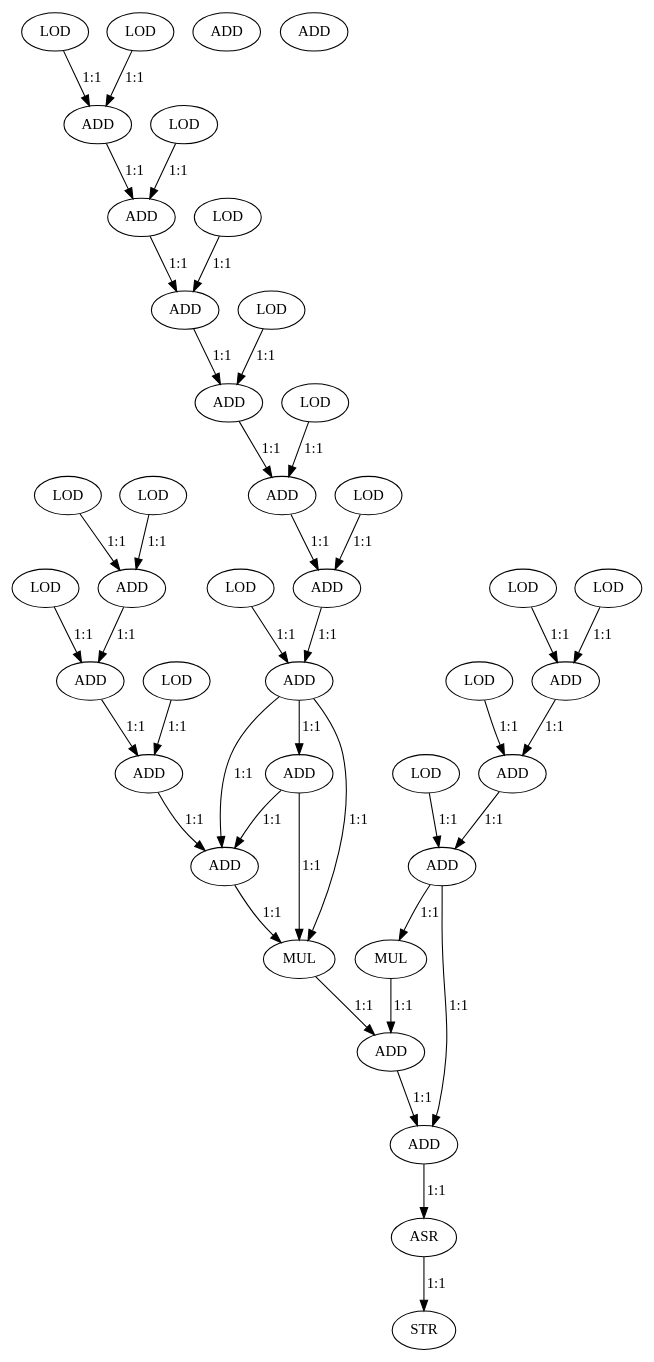
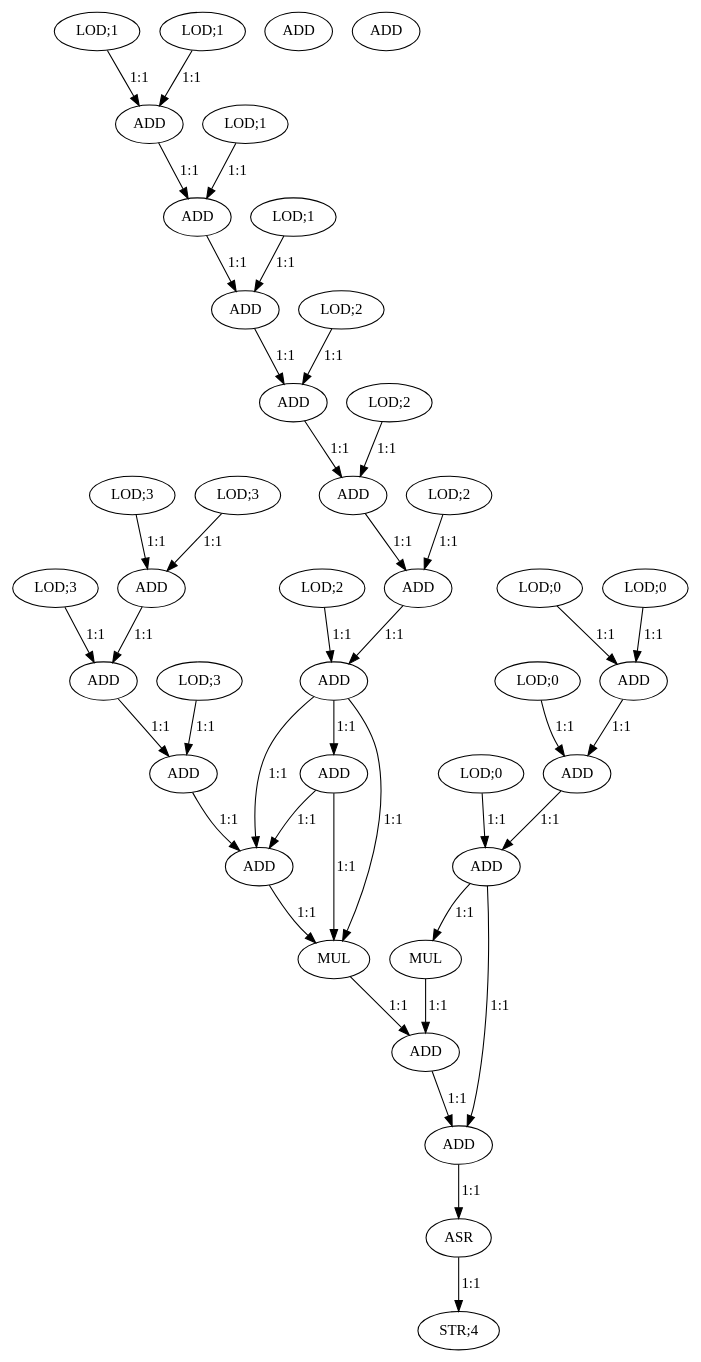
One commit to nikhilsambhus/DFGprop changed the diagram in large_dfgs/Express_loadUpward/jpeg_smooth_downsample.dot. Above: the diagram before and after it, drawn with Graphviz. The commit also changed 16 other files, not shown here.

```diff
--- a/large_dfgs/Express_loadUpward/jpeg_smooth_downsample.dot
+++ b/large_dfgs/Express_loadUpward/jpeg_smooth_downsample.dot
@@ -1,82 +1,82 @@
 digraph  {
-   0 [label="LOD"];
-   1 [label="LOD"];
+   0 [label="LOD;0"];
+   1 [label="LOD;0"];
    2 [label="ADD"];
-   3 [label="LOD"];
+   3 [label="LOD;0"];
    4 [label="ADD"];
-   5 [label="LOD"];
+   5 [label="LOD;0"];
    6 [label="ADD"];
-   7 [label="LOD"];
-   8 [label="LOD"];
+   7 [label="LOD;1"];
+   8 [label="LOD;1"];
    9 [label="ADD"];
-   10 [label="LOD"];
+   10 [label="LOD;1"];
    11 [label="ADD"];
-   12 [label="LOD"];
+   12 [label="LOD;1"];
    13 [label="ADD"];
-   14 [label="LOD"];
+   14 [label="LOD;2"];
    15 [label="ADD"];
-   16 [label="LOD"];
+   16 [label="LOD;2"];
    17 [label="ADD"];
-   18 [label="LOD"];
+   18 [label="LOD;2"];
    19 [label="ADD"];
-   20 [label="LOD"];
+   20 [label="LOD;2"];
    21 [label="ADD"];
    22 [label="ADD"];
-   23 [label="LOD"];
-   24 [label="LOD"];
+   23 [label="LOD;3"];
+   24 [label="LOD;3"];
    25 [label="ADD"];
-   26 [label="LOD"];
+   26 [label="LOD;3"];
    27 [label="ADD"];
-   28 [label="LOD"];
+   28 [label="LOD;3"];
    29 [label="ADD"];
    30 [label="ADD"];
    31 [label="MUL"];
    32 [label="MUL"];
    33 [label="ADD"];
    34 [label="ADD"];
    35 [label="ASR"];
-   36 [label="STR"];
+   36 [label="STR;4"];
    37 [label="ADD"];
    38 [label="ADD"];
 
-   0->2 [label="1:1"]
-   1->2 [label="1:1"]
-   2->4 [label="1:1"]
-   3->4 [label="1:1"]
-   4->6 [label="1:1"]
-   5->6 [label="1:1"]
-   6->31 [label="1:1"]
-   6->34 [label="1:1"]
-   7->9 [label="1:1"]
-   8->9 [label="1:1"]
-   9->11 [label="1:1"]
-   10->11 [label="1:1"]
-   11->13 [label="1:1"]
-   12->13 [label="1:1"]
-   13->15 [label="1:1"]
-   14->15 [label="1:1"]
-   15->17 [label="1:1"]
-   16->17 [label="1:1"]
-   17->19 [label="1:1"]
-   18->19 [label="1:1"]
-   19->21 [label="1:1"]
-   20->21 [label="1:1"]
-   21->22 [label="1:1"]
-   21->30 [label="1:1"]
-   21->32 [label="1:1"]
-   22->30 [label="1:1"]
-   22->32 [label="1:1"]
-   23->25 [label="1:1"]
-   24->25 [label="1:1"]
-   25->27 [label="1:1"]
-   26->27 [label="1:1"]
-   27->29 [label="1:1"]
-   28->29 [label="1:1"]
-   29->30 [label="1:1"]
-   30->32 [label="1:1"]
-   31->33 [label="1:1"]
-   32->33 [label="1:1"]
-   33->34 [label="1:1"]
-   34->35 [label="1:1"]
-   35->36 [label="1:1"]
-}
+   0->2 [label="1:1"];
+   1->2 [label="1:1"];
+   2->4 [label="1:1"];
+   3->4 [label="1:1"];
+   4->6 [label="1:1"];
+   5->6 [label="1:1"];
+   6->31 [label="1:1"];
+   6->34 [label="1:1"];
+   7->9 [label="1:1"];
+   8->9 [label="1:1"];
+   9->11 [label="1:1"];
+   10->11 [label="1:1"];
+   11->13 [label="1:1"];
+   12->13 [label="1:1"];
+   13->15 [label="1:1"];
+   14->15 [label="1:1"];
+   15->17 [label="1:1"];
+   16->17 [label="1:1"];
+   17->19 [label="1:1"];
+   18->19 [label="1:1"];
+   19->21 [label="1:1"];
+   20->21 [label="1:1"];
+   21->22 [label="1:1"];
+   21->30 [label="1:1"];
+   21->32 [label="1:1"];
+   22->30 [label="1:1"];
+   22->32 [label="1:1"];
+   23->25 [label="1:1"];
+   24->25 [label="1:1"];
+   25->27 [label="1:1"];
+   26->27 [label="1:1"];
+   27->29 [label="1:1"];
+   28->29 [label="1:1"];
+   29->30 [label="1:1"];
+   30->32 [label="1:1"];
+   31->33 [label="1:1"];
+   32->33 [label="1:1"];
+   33->34 [label="1:1"];
+   34->35 [label="1:1"];
+   35->36 [label="1:1"];
+ }
```
